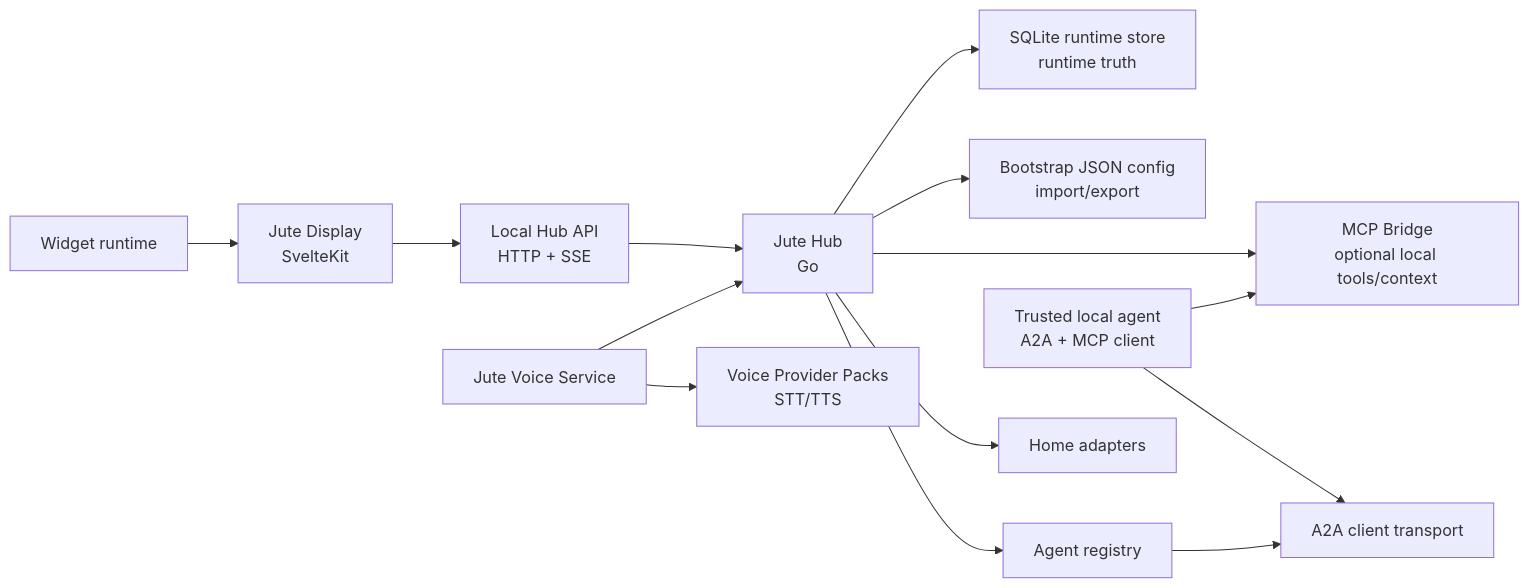
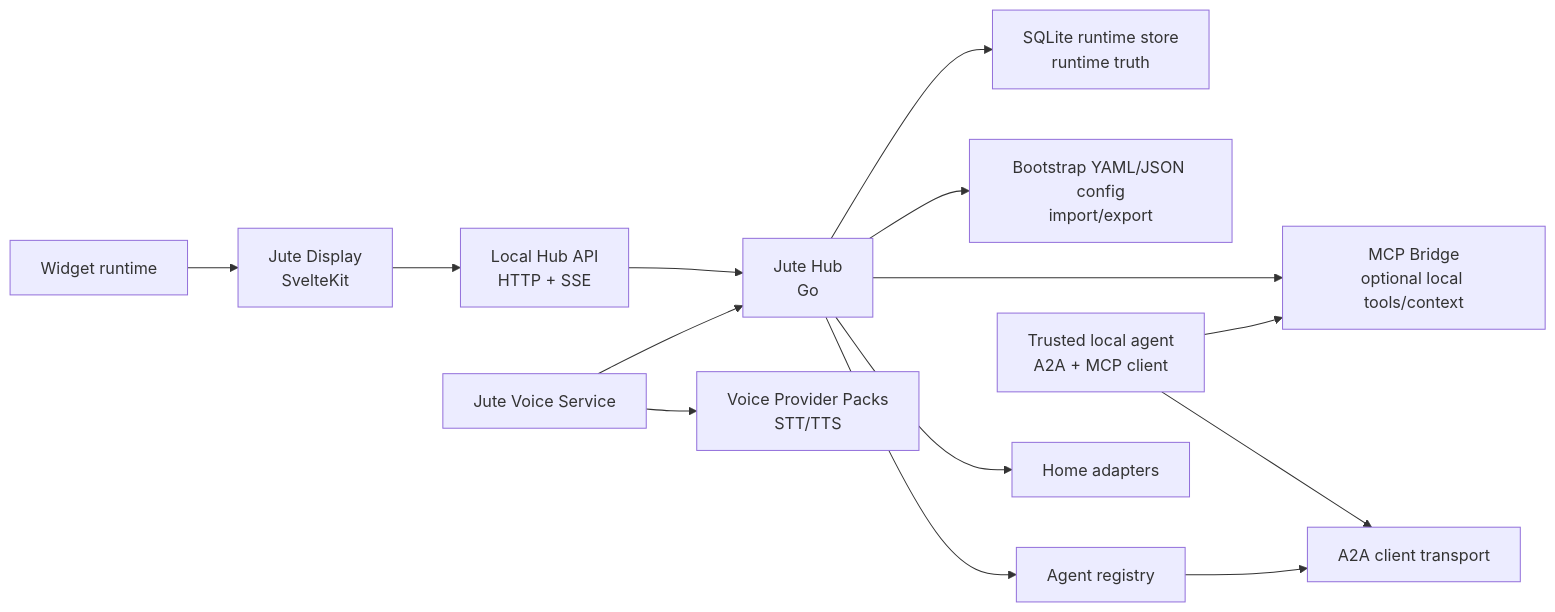
The diagram in docs/architecture/system.md (juteai/jute-dash), drawn with Mermaid before and after one commit. The commit also changed other lines of this file and 24 other files, not shown here.

Commit message:
Prefer YAML bootstrap configuration

````diff
--- a/docs/architecture/system.md
+++ b/docs/architecture/system.md
@@ -23,30 +23,30 @@
 ```mermaid
 flowchart LR
   display["Jute Display\nSvelteKit"]
   api["Local Hub API\nHTTP + SSE"]
   hub["Jute Hub\nGo"]
   sqlite["SQLite runtime store\nruntime truth"]
-  config["Bootstrap JSON config\nimport/export"]
+  config["Bootstrap YAML/JSON config\nimport/export"]
   widgets["Widget runtime"]
   registry["Agent registry"]
   a2a["A2A client transport"]
   mcp["MCP Bridge\noptional local tools/context"]
   localAgent["Trusted local agent\nA2A + MCP client"]
   adapters["Home adapters"]
   voice["Jute Voice Service"]
   stt["Voice Provider Packs\nSTT/TTS"]
 
   display --> api
   widgets --> display
   api --> hub
   hub --> sqlite
   hub --> config
   hub --> registry
   hub --> mcp
   hub --> adapters
   localAgent --> mcp
   localAgent --> a2a
   voice --> hub
   voice --> stt
   registry --> a2a
 ```
````
